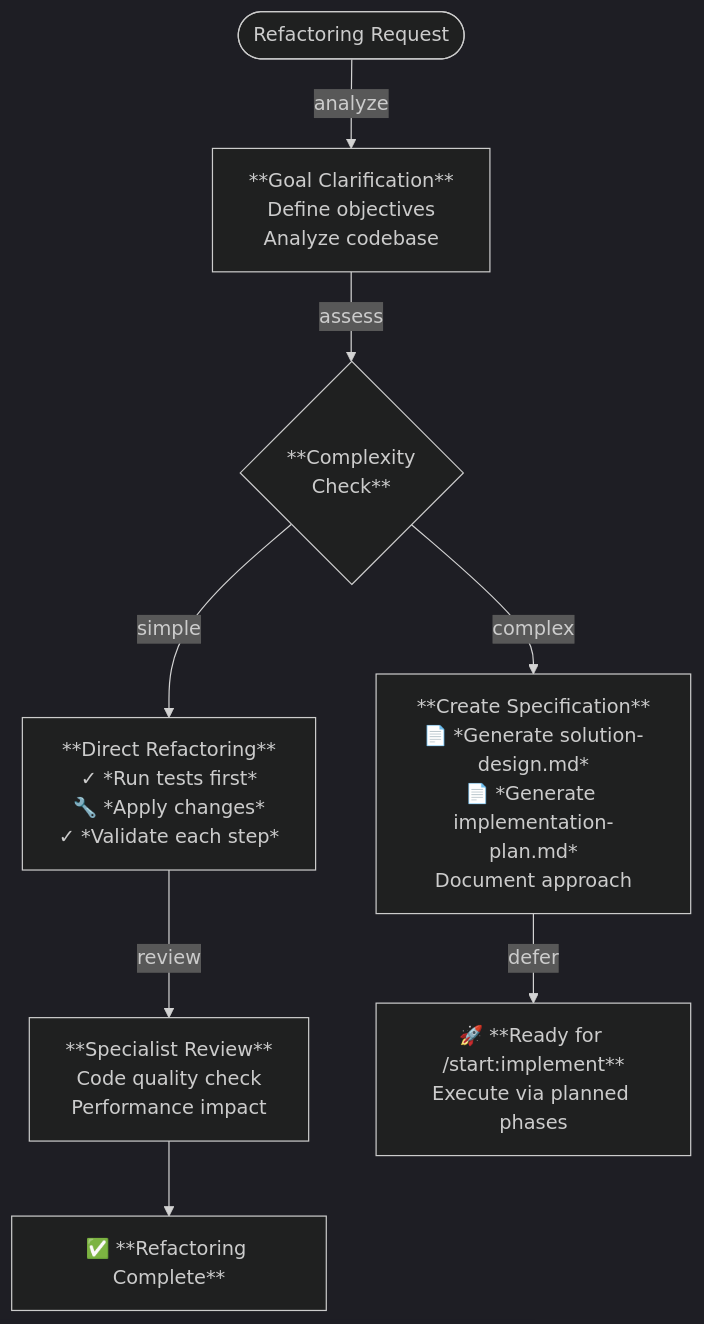
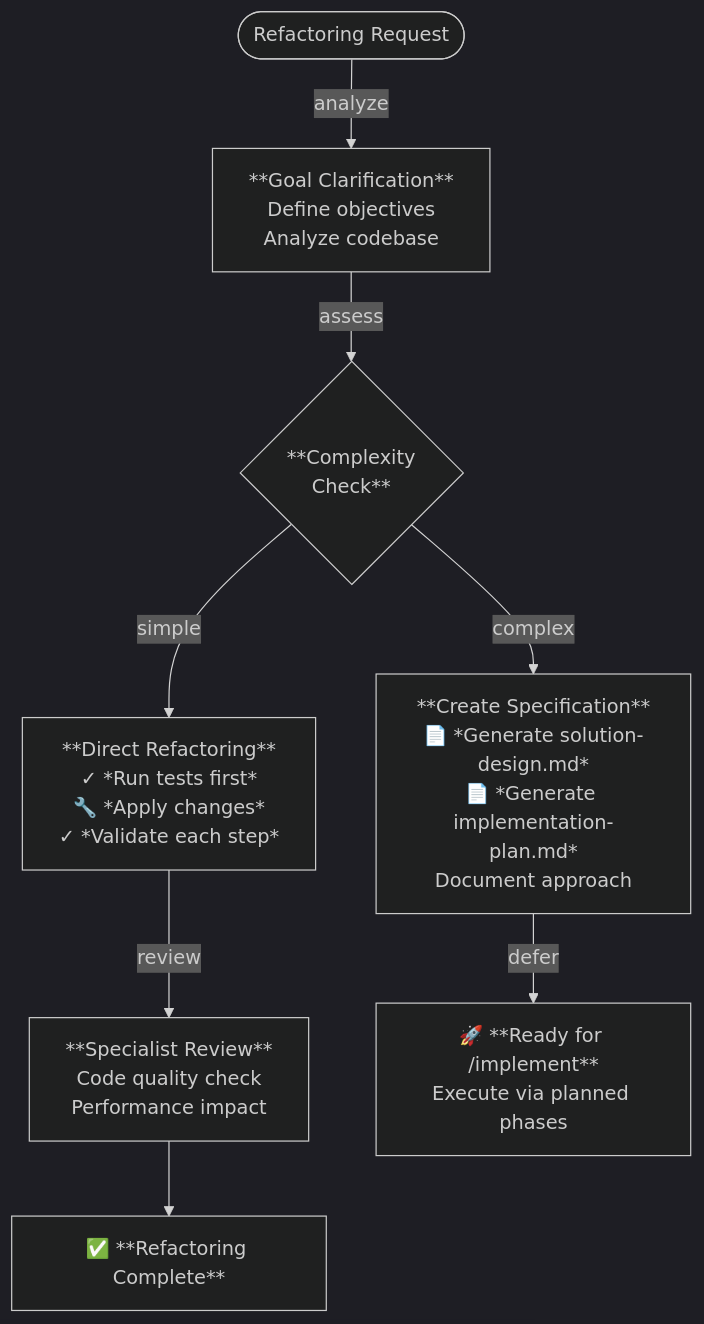
The eighth of 10 diagrams in plugins/start/README.md (rsmdt/the-startup), drawn with Mermaid (dark theme) before and after one commit. The commit also changed other lines of this file and 1 other file, not shown here.

````diff
--- a/plugins/start/README.md
+++ b/plugins/start/README.md
@@ -348,10 +401,10 @@
 ```mermaid
 flowchart TD
     A([Refactoring Request]) --> |analyze| B[**Goal Clarification**<br/>Define objectives<br/>Analyze codebase]
     B --> |assess| C{**Complexity<br>Check**}
     C --> |simple| D[**Direct Refactoring**<br/>✓ *Run tests first*<br/>🔧 *Apply changes*<br/>✓ *Validate each step*]
     D --> |review| E[**Specialist Review**<br/>Code quality check<br/>Performance impact]
     E --> DONE[✅ **Refactoring Complete**]
     C --> |complex| F[**Create Specification**<br/>📄 *Generate solution-design.md*<br/>📄 *Generate implementation-plan.md*<br/>Document approach]
-    F --> |defer| G[🚀 **Ready for /start:implement**<br/>Execute via planned phases]
+    F --> |defer| G[🚀 **Ready for /implement**<br/>Execute via planned phases]
 ```
````
